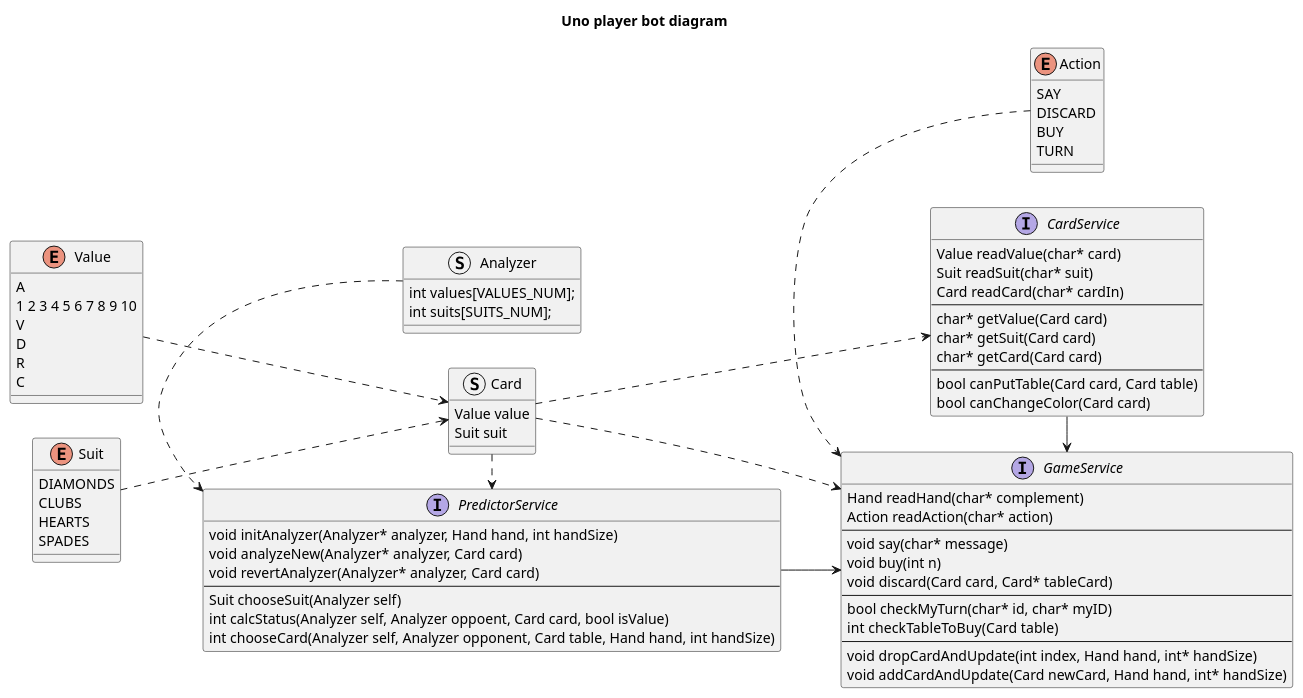
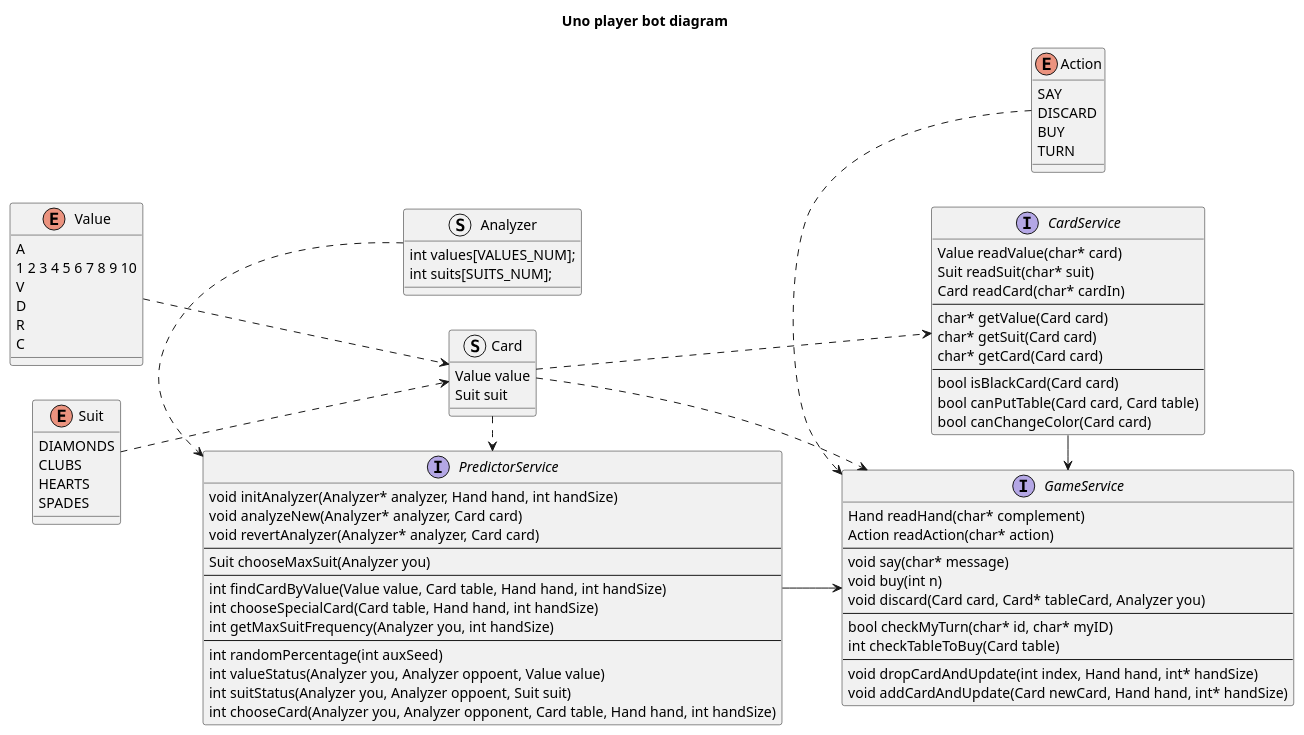
Before and after one commit to Pablo1Gustavo/C_UNO: the diagram in docs/structure.puml, drawn with PlantUML.

Commit message:
dc: update docs.

```diff
--- a/docs/structure.puml
+++ b/docs/structure.puml
@@ -1,90 +1,98 @@
 @startuml structure
 title Uno player bot diagram
 left to right direction
 
 enum Value {
     A
     1 2 3 4 5 6 7 8 9 10
     V
     D
     R
     C
 }
 
 enum Suit {
     DIAMONDS
     CLUBS
     HEARTS
     SPADES
 }
 
 struct Card {
     Value value
     Suit suit
 }
 
 enum Action {
     SAY
     DISCARD
     BUY
     TURN
 }
 
 interface CardService {
     Value readValue(char* card)
     Suit readSuit(char* suit)
     Card readCard(char* cardIn)
     --
     char* getValue(Card card)
     char* getSuit(Card card)
     char* getCard(Card card)
     --
+    bool isBlackCard(Card card)
     bool canPutTable(Card card, Card table)
     bool canChangeColor(Card card)
 }
 
 interface GameService {
     Hand readHand(char* complement)
     Action readAction(char* action)
     --
     void say(char* message)
     void buy(int n)
-    void discard(Card card, Card* tableCard)
+    void discard(Card card, Card* tableCard, Analyzer you)
     --
     bool checkMyTurn(char* id, char* myID)
     int checkTableToBuy(Card table)
     --
     void dropCardAndUpdate(int index, Hand hand, int* handSize)
     void addCardAndUpdate(Card newCard, Hand hand, int* handSize)
 }
 
 struct Analyzer {
     int values[VALUES_NUM];
     int suits[SUITS_NUM];
 }
 
 interface PredictorService {
     void initAnalyzer(Analyzer* analyzer, Hand hand, int handSize)
     void analyzeNew(Analyzer* analyzer, Card card)
     void revertAnalyzer(Analyzer* analyzer, Card card)
     --
-    Suit chooseSuit(Analyzer self)
-    int calcStatus(Analyzer self, Analyzer oppoent, Card card, bool isValue)
-    int chooseCard(Analyzer self, Analyzer opponent, Card table, Hand hand, int handSize)
+    Suit chooseMaxSuit(Analyzer you)
+    --
+    int findCardByValue(Value value, Card table, Hand hand, int handSize)
+    int chooseSpecialCard(Card table, Hand hand, int handSize)
+    int getMaxSuitFrequency(Analyzer you, int handSize)
+    --
+    int randomPercentage(int auxSeed)
+    int valueStatus(Analyzer you, Analyzer oppoent, Value value)
+    int suitStatus(Analyzer you, Analyzer oppoent, Suit suit)
+    int chooseCard(Analyzer you, Analyzer opponent, Card table, Hand hand, int handSize)
 }
 
 Value ..> Card
 Suit ..> Card
 
 Card .> CardService
 
 Card .> GameService
 CardService -> GameService
 Action .> GameService
 
 Analyzer .> PredictorService
 Card .> PredictorService
 
 PredictorService --> GameService
 
 @enduml
```
